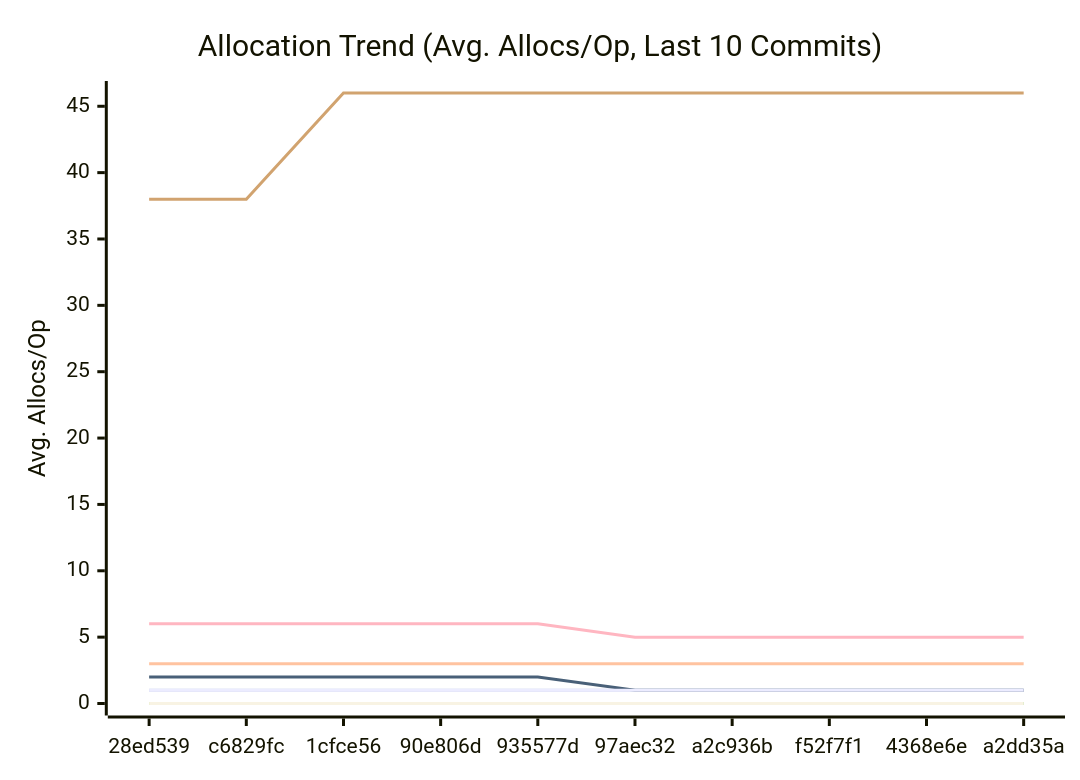
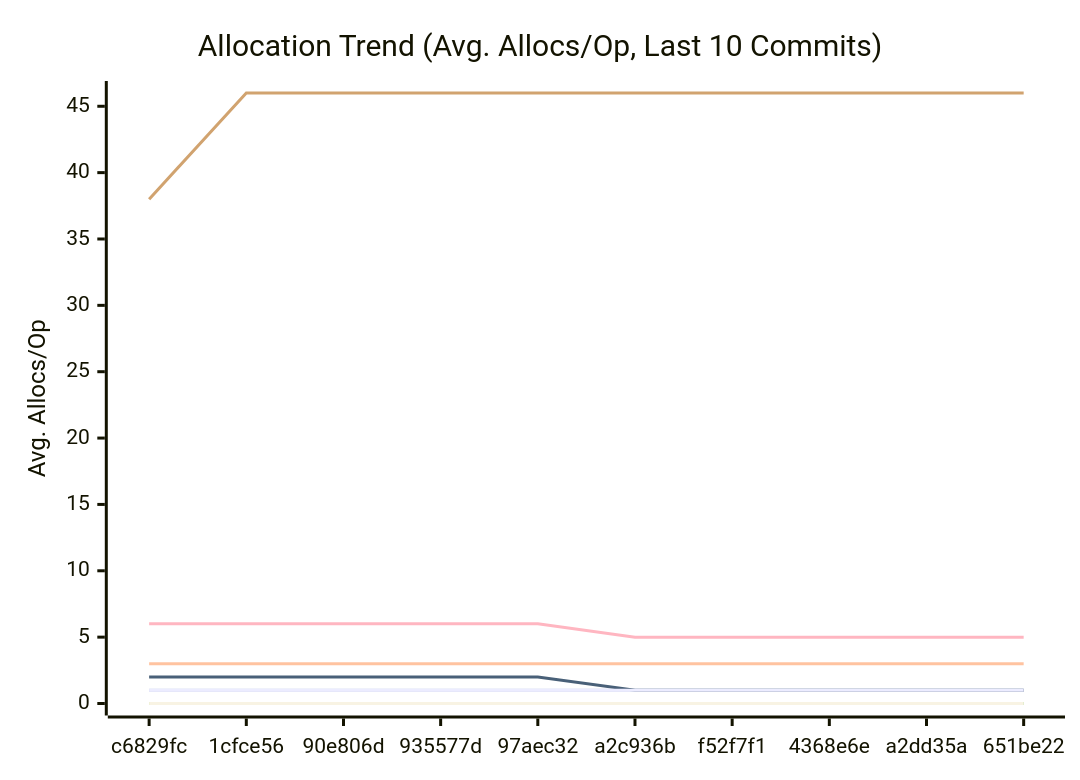
One commit to alsotoes/momo changed the third of 3 diagrams in docs/PERFORMANCE.md. Above: the diagram before and after it, drawn with Mermaid. The commit also changed other lines of this file and 4 other files, not shown here.

````diff
--- a/docs/PERFORMANCE.md
+++ b/docs/PERFORMANCE.md
@@ -176,18 +176,18 @@
 ```mermaid
 xychart-beta
     title "Allocation Trend (Avg. Allocs/Op, Last 10 Commits)"
     x-axis "Commit"
     y-axis "Avg. Allocs/Op"
-    x-axis [28ed539,c6829fc,1cfce56,90e806d,935577d,97aec32,a2c936b,f52f7f1,4368e6e,a2dd35a]
+    x-axis [c6829fc,1cfce56,90e806d,935577d,97aec32,a2c936b,f52f7f1,4368e6e,a2dd35a,651be22]
     line "CheckMetricsAndSwap" [0,0,0,0,0,0,0,0,0,0]
     line "CrushOptimized" [0,0,0,0,0,0,0,0,0,0]
     line "CrushOriginal" [3,3,3,3,3,3,3,3,3,3]
     line "IndexDirectTracking" [0,0,0,0,0,0,0,0,0,0]
     line "IndexSearch" [0,0,0,0,0,0,0,0,0,0]
-    line "LoadGlobalConfig" [38,38,46,46,46,46,46,46,46,46]
+    line "LoadGlobalConfig" [38,46,46,46,46,46,46,46,46,46]
     line "PadString" [1,1,1,1,1,1,1,1,1,1]
     line "ParseReplicationOrder_NoPrealloc" [6,6,6,6,6,5,5,5,5,5]
     line "ParseReplicationOrder_Prealloc" [2,2,2,2,2,1,1,1,1,1]
     line "SanitizeLog/Safe" [0,0,0,0,0,0,0,0,0,0]
     line "SanitizeLog/Unsafe" [1,1,1,1,1,1,1,1,1,1]
 ```
````
